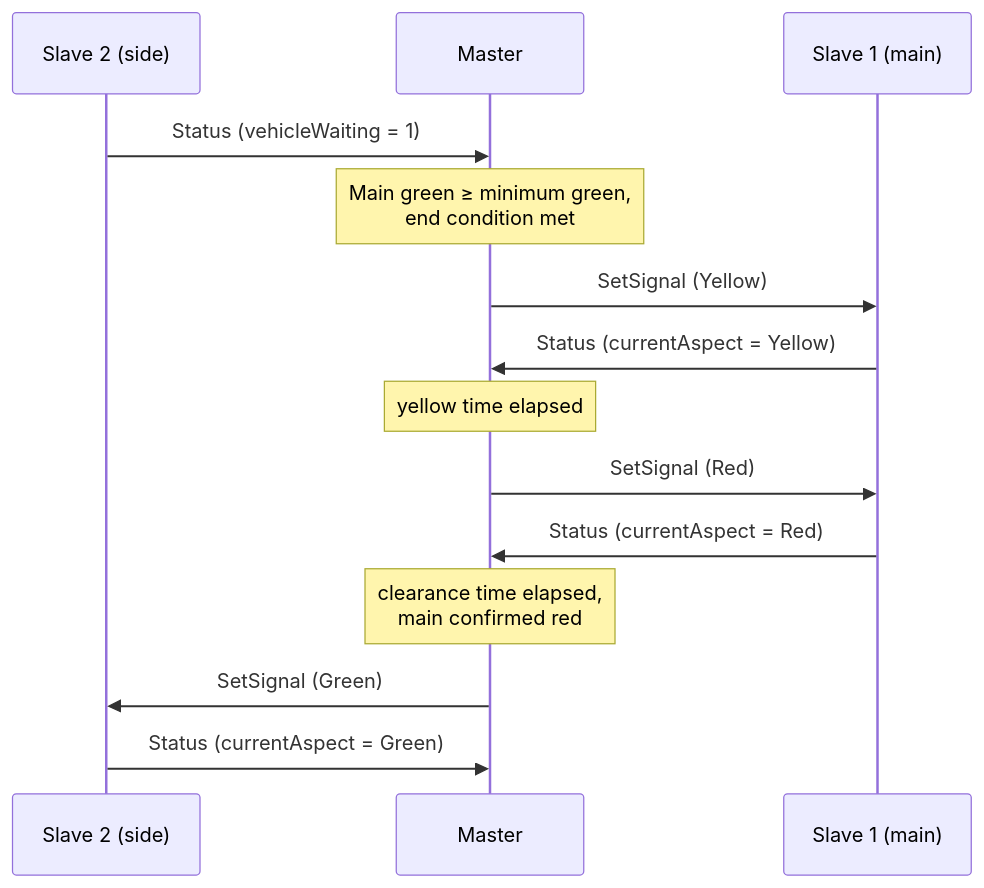
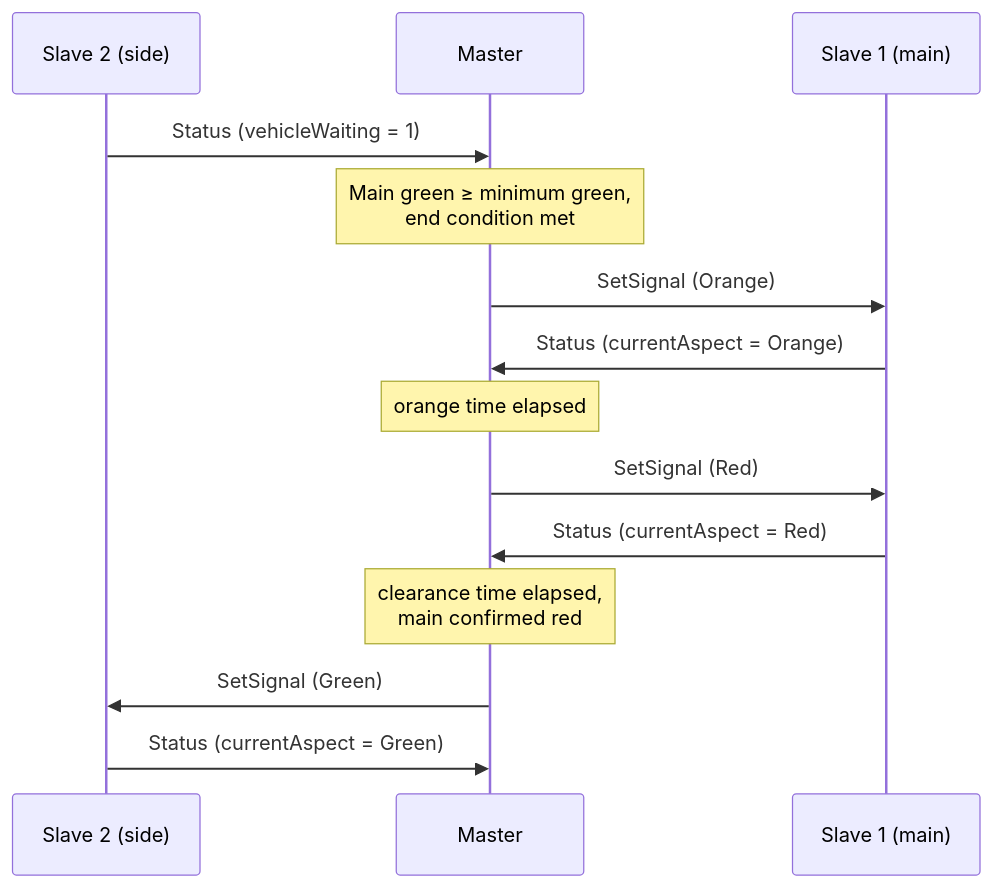
Before and after one commit to ahmad-sy1/slimme-verkeersregeling: the second of 3 diagrams in docs/technical-design.md, drawn with Mermaid. The commit also changed other lines of this file and 1 other file, not shown here.

````diff
--- a/docs/technical-design.md
+++ b/docs/technical-design.md
@@ -207,17 +308,17 @@
 ```mermaid
 sequenceDiagram
     participant S2 as Slave 2 (side)
     participant M as Master
     participant S1 as Slave 1 (main)
 
     S2->>M: Status (vehicleWaiting = 1)
     Note over M: Main green ≥ minimum green,<br/>end condition met
-    M->>S1: SetSignal (Yellow)
-    S1->>M: Status (currentAspect = Yellow)
-    Note over M: yellow time elapsed
+    M->>S1: SetSignal (Orange)
+    S1->>M: Status (currentAspect = Orange)
+    Note over M: orange time elapsed
     M->>S1: SetSignal (Red)
     S1->>M: Status (currentAspect = Red)
     Note over M: clearance time elapsed,<br/>main confirmed red
     M->>S2: SetSignal (Green)
     S2->>M: Status (currentAspect = Green)
 ```
````
